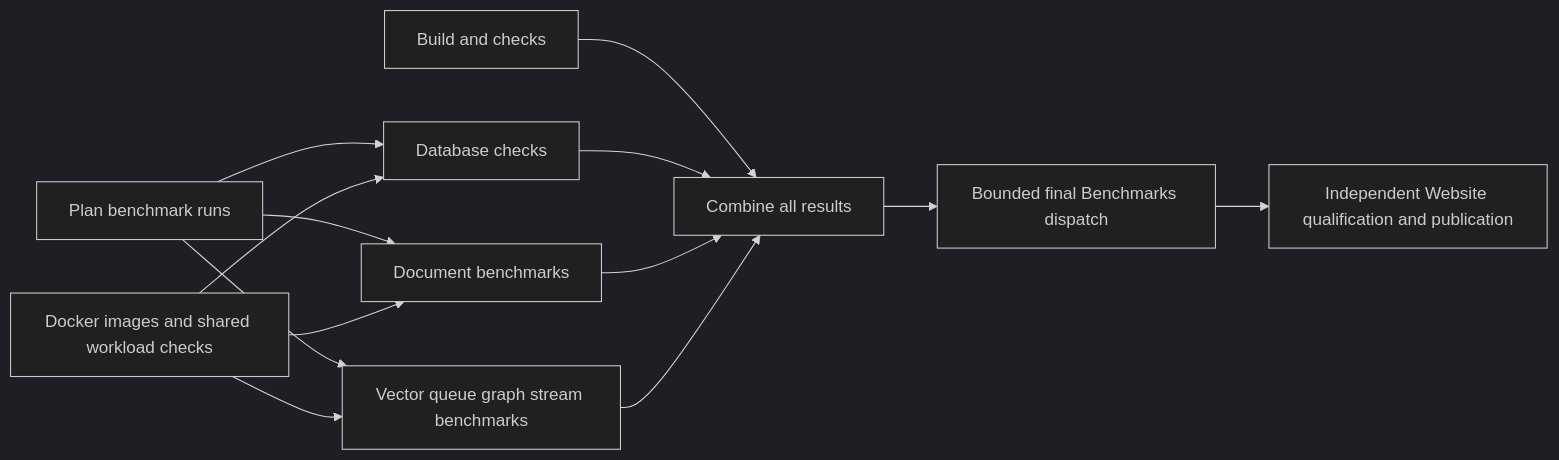
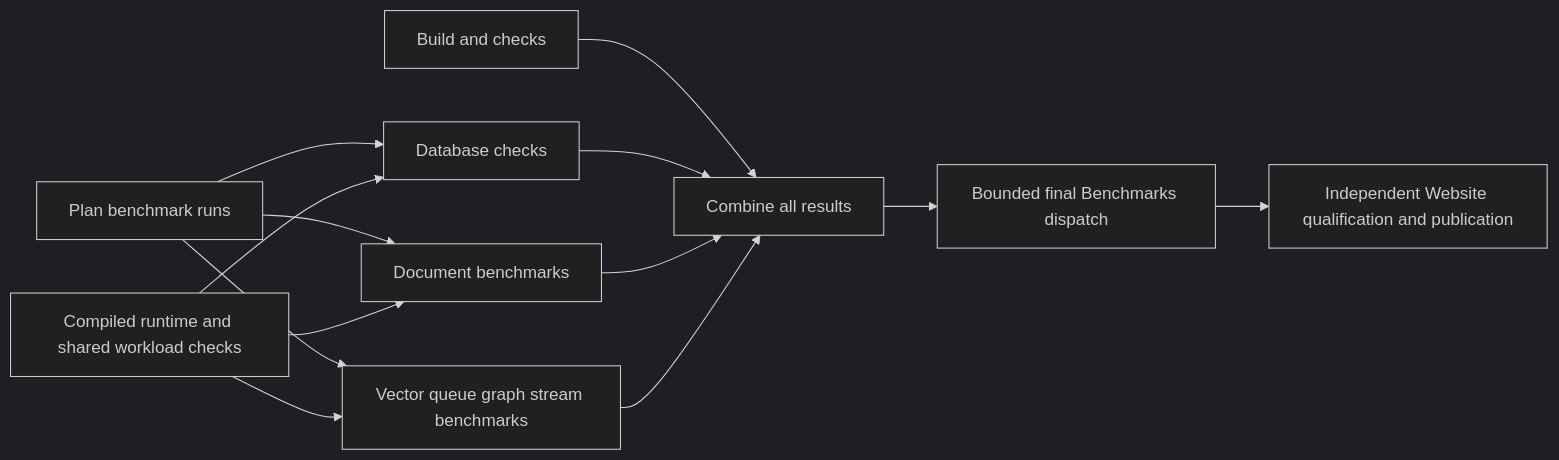
Before and after one commit to managedcode/KeyLoad: the fourth of 11 diagrams in docs/Features/BenchmarkComparisons.md, drawn with Mermaid (dark theme). The commit also changed other lines of this file and 636 other files, not shown here.

````diff
--- a/docs/Features/BenchmarkComparisons.md
+++ b/docs/Features/BenchmarkComparisons.md
@@ -215,15 +211,15 @@
 ```mermaid
 flowchart LR
     Plan[Plan benchmark runs] --> Preflight[Database checks]
     Plan --> Crud[Document benchmarks]
     Plan --> Models[Vector queue graph stream benchmarks]
-    Images[Docker images and shared workload checks] --> Preflight
-    Images --> Crud
-    Images --> Models
+    Runtime[Compiled runtime and shared workload checks] --> Preflight
+    Runtime --> Crud
+    Runtime --> Models
     Build[Build and checks] --> Aggregate[Combine all results]
     Preflight --> Aggregate
     Crud --> Aggregate
     Models --> Aggregate
     Aggregate --> Trigger[Bounded final Benchmarks dispatch]
     Trigger --> Website[Independent Website qualification and publication]
 ```
````
